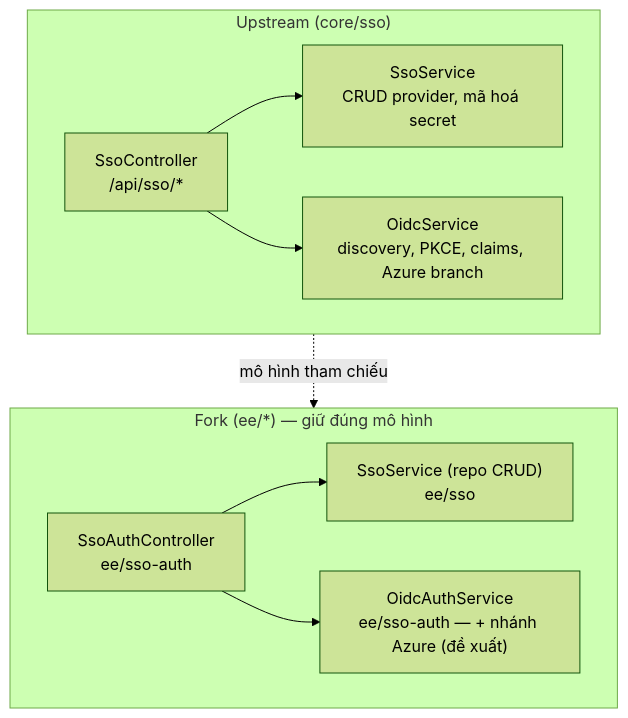
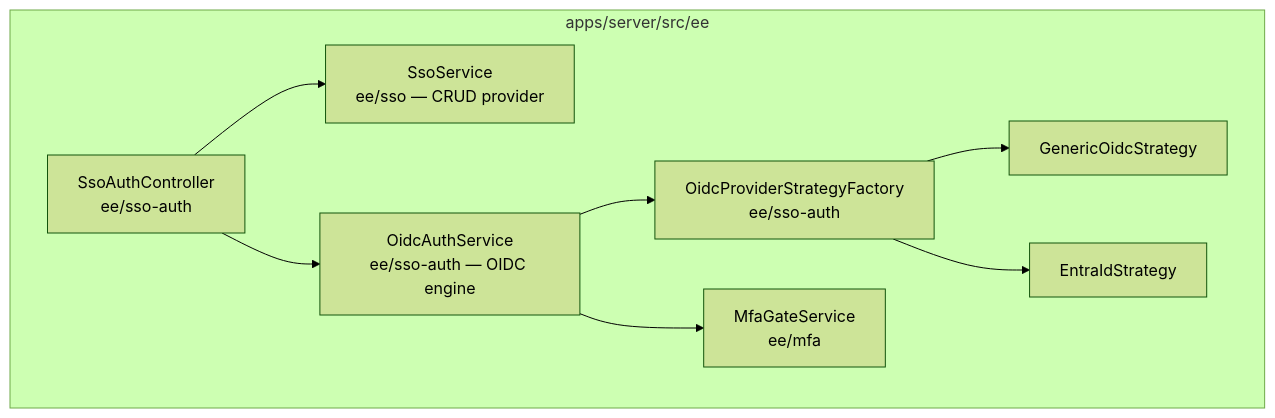
The first of 2 diagrams in docs/entra-id/DESIGN.md (Kaito-Vu/sc_doc), drawn with Mermaid (forest theme) before and after one commit. The commit also changed other lines of this file and 25 other files, not shown here.

First line of the commit message:
feat(security): enhance OIDC support for Azure AD integration

````diff
--- a/docs/entra-id/DESIGN.md
+++ b/docs/entra-id/DESIGN.md
@@ -20,20 +9,19 @@
 ```mermaid
 flowchart TB
-    subgraph Upstream["Upstream (core/sso)"]
-        U_Controller["SsoController<br/>/api/sso/*"]
-        U_SsoService["SsoService<br/>CRUD provider, mã hoá secret"]
-        U_OidcService["OidcService<br/>discovery, PKCE, claims, Azure branch"]
-        U_Controller --> U_SsoService
-        U_Controller --> U_OidcService
+    subgraph Fork["apps/server/src/ee"]
+        Controller["SsoAuthController<br/>ee/sso-auth"]
+        SsoSvc["SsoService<br/>ee/sso — CRUD provider"]
+        OidcSvc["OidcAuthService<br/>ee/sso-auth — OIDC engine"]
+        Factory["OidcProviderStrategyFactory<br/>ee/sso-auth"]
+        Generic["GenericOidcStrategy"]
+        Entra["EntraIdStrategy"]
+        MfaGate["MfaGateService<br/>ee/mfa"]
+
+        Controller --> SsoSvc
+        Controller --> OidcSvc
+        OidcSvc --> Factory
+        Factory --> Generic
+        Factory --> Entra
+        OidcSvc --> MfaGate
     end
-
-    subgraph Fork["Fork (ee/*) — giữ đúng mô hình"]
-        E_Controller["SsoAuthController<br/>ee/sso-auth"]
-        E_SsoService["SsoService (repo CRUD)<br/>ee/sso"]
-        E_OidcService["OidcAuthService<br/>ee/sso-auth — + nhánh Azure (đề xuất)"]
-        E_Controller --> E_SsoService
-        E_Controller --> E_OidcService
-    end
-
-    Upstream -.mô hình tham chiếu.-> Fork
 ```
````
